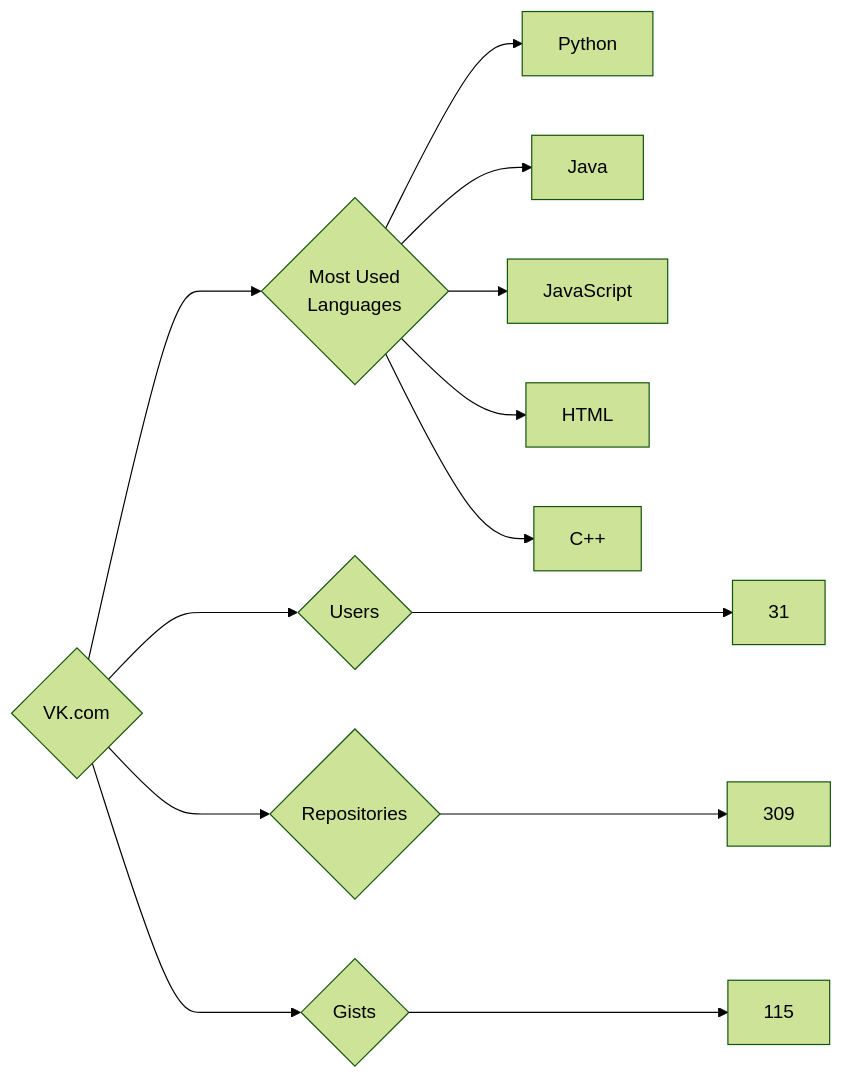
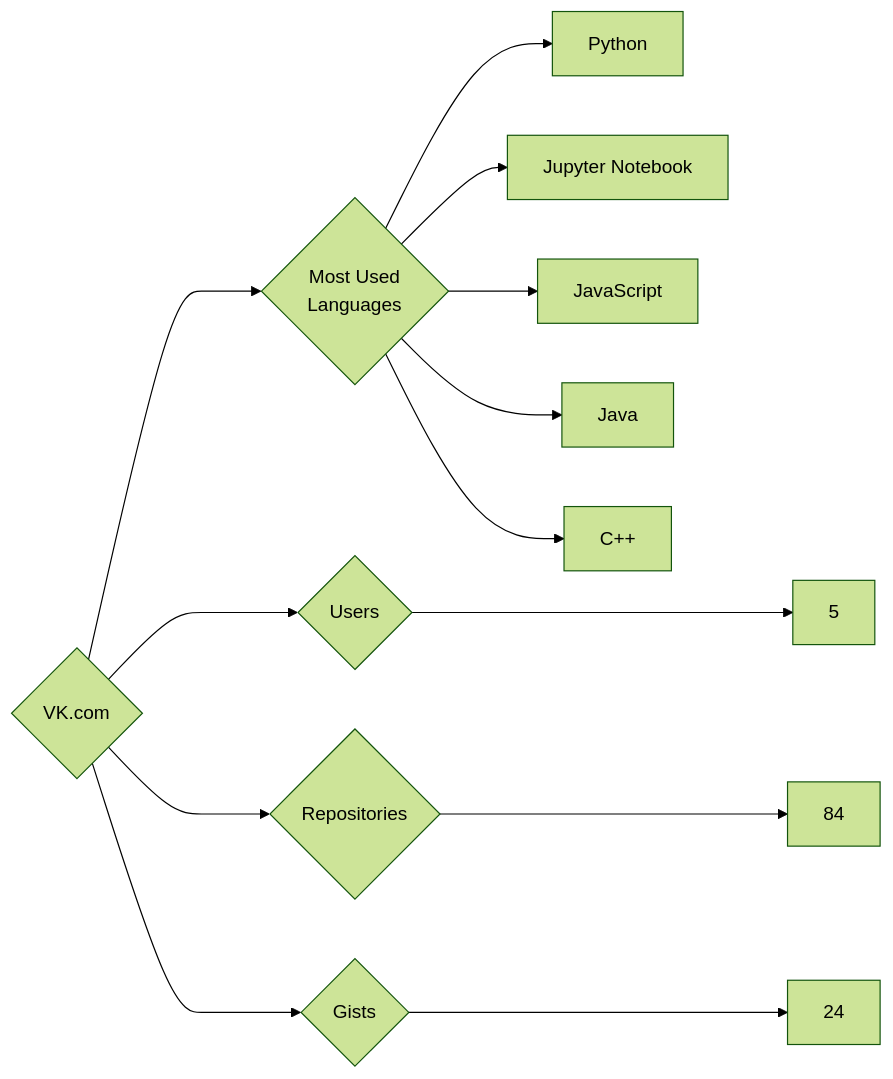
One commit to trickest/insiders changed the diagram in targets/VK.com/README.md. Above: the diagram before and after it, drawn with Mermaid (forest theme). The commit also changed 940 other files, not shown here.

````diff
--- a/targets/VK.com/README.md
+++ b/targets/VK.com/README.md
@@ -3,13 +3,13 @@
 ```mermaid
 graph LR
 COMPANY_NAME{VK.com}
-COMPANY_NAME ---> U{Users} ---> UN[31]
-COMPANY_NAME ---> R{Repositories} ---> RN[309]
-COMPANY_NAME ---> G{Gists} ---> GN[115]
+COMPANY_NAME ---> U{Users} ---> UN[5]
+COMPANY_NAME ---> R{Repositories} ---> RN[84]
+COMPANY_NAME ---> G{Gists} ---> GN[24]
 COMPANY_NAME ---> ML{Most Used<br>Languages}
 ML --> Python[Python]
+ML --> Jupyter_Notebook[Jupyter Notebook]
+ML --> JavaScript[JavaScript]
 ML --> Java[Java]
-ML --> JavaScript[JavaScript]
-ML --> HTML[HTML]
 ML --> C++[C++]
 ```
````
